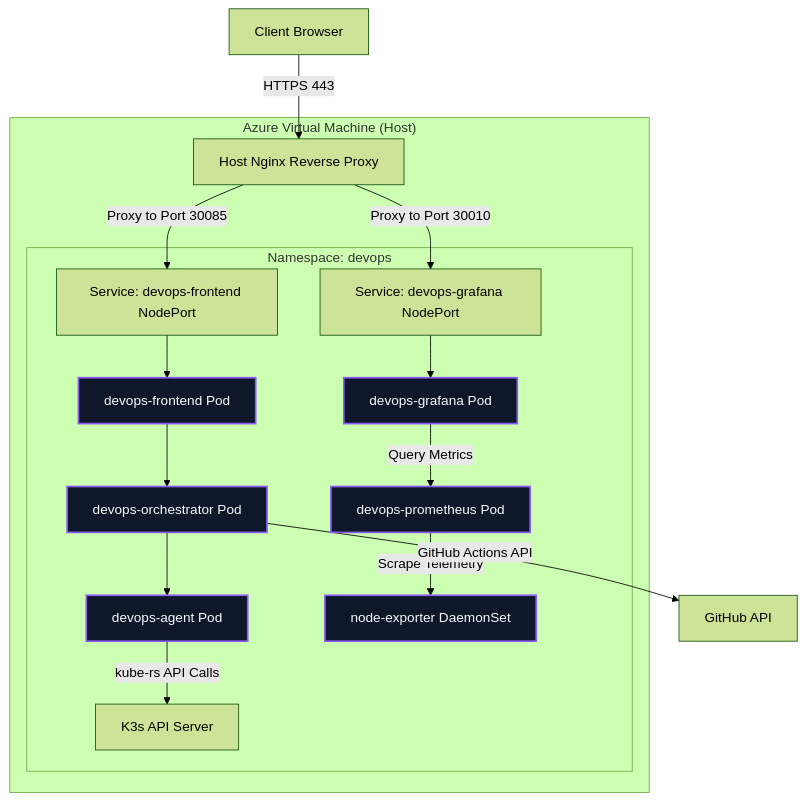
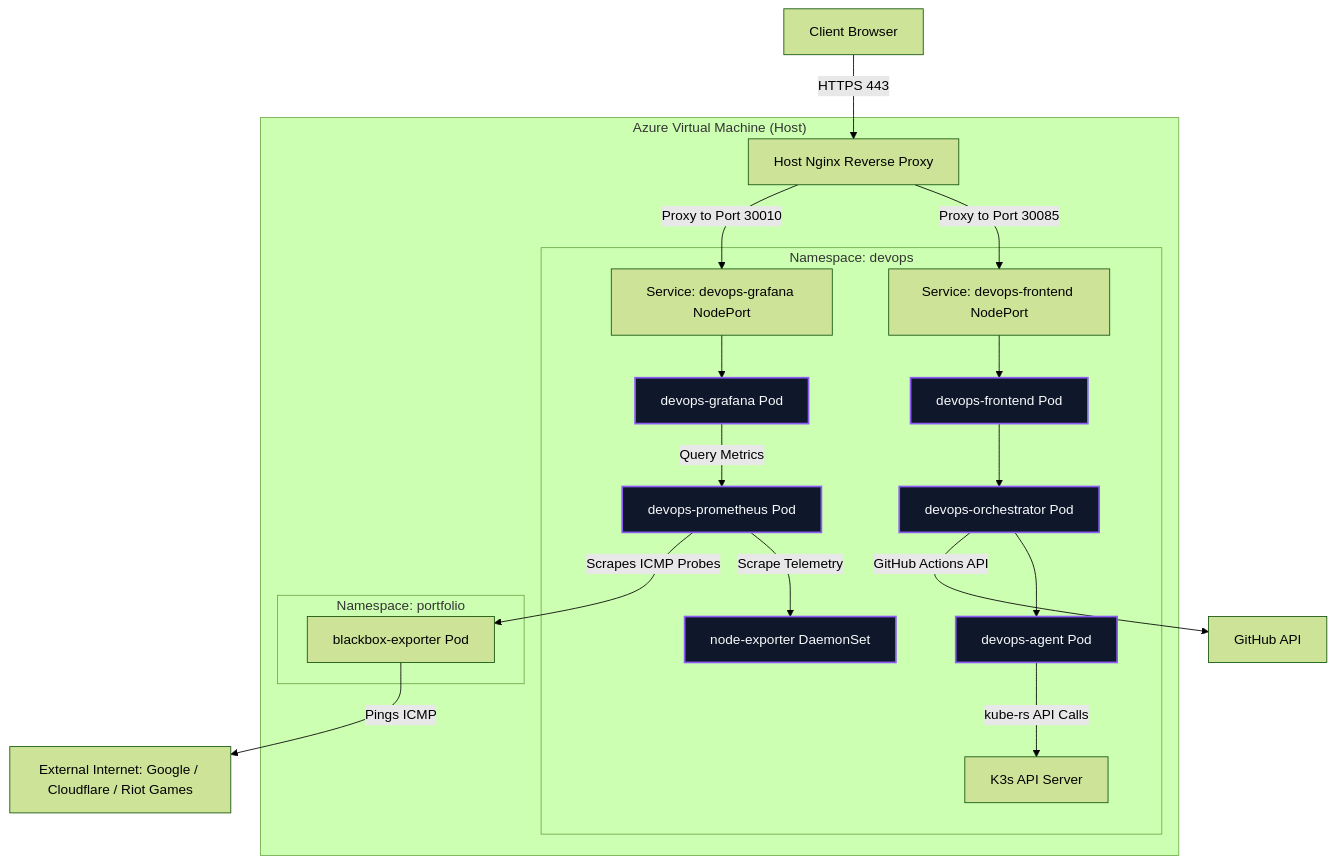
Before and after one commit to mattDev0/devops-control-center: the first of 2 diagrams in README.md, drawn with Mermaid (forest theme). The commit also changed other lines of this file, not shown here.

Commit message:
docs: update README with cross-namespace Blackbox Exporter scraping configuration

````diff
--- a/README.md
+++ b/README.md
@@ -22,25 +22,31 @@
 ```mermaid
 graph TD
     Client[Client Browser] -->|HTTPS 443| Nginx[Host Nginx Reverse Proxy]
     
     subgraph "Azure Virtual Machine (Host)"
         Nginx -->|Proxy to Port 30085| K8sDevOpsFE[Service: devops-frontend NodePort]
         Nginx -->|Proxy to Port 30010| K8sGrafana[Service: devops-grafana NodePort]
 
         subgraph "Namespace: devops"
             K8sDevOpsFE --> DevOpsFE[devops-frontend Pod]
             DevOpsFE --> Orchestrator[devops-orchestrator Pod]
             Orchestrator --> Agent[devops-agent Pod]
             Agent -->|kube-rs API Calls| K8sAPI[K3s API Server]
             
             K8sGrafana --> Grafana[devops-grafana Pod]
             Grafana -->|Query Metrics| Prom[devops-prometheus Pod]
             Prom -->|Scrape Telemetry| NodeExp[node-exporter DaemonSet]
         end
+
+        subgraph "Namespace: portfolio"
+            Blackbox[blackbox-exporter Pod]
+        end
     end
 
     Orchestrator -->|GitHub Actions API| GitHub[GitHub API]
+    Prom -->|Scrapes ICMP Probes| Blackbox
+    Blackbox -->|Pings ICMP| Internet[External Internet: Google / Cloudflare / Riot Games]
 
     classDef devops fill:#0f172a,stroke:#8b5cf6,stroke-width:2px,color:#f8fafc;
     class DevOpsFE,Orchestrator,Agent,Grafana,Prom,NodeExp devops;
 ```
````
